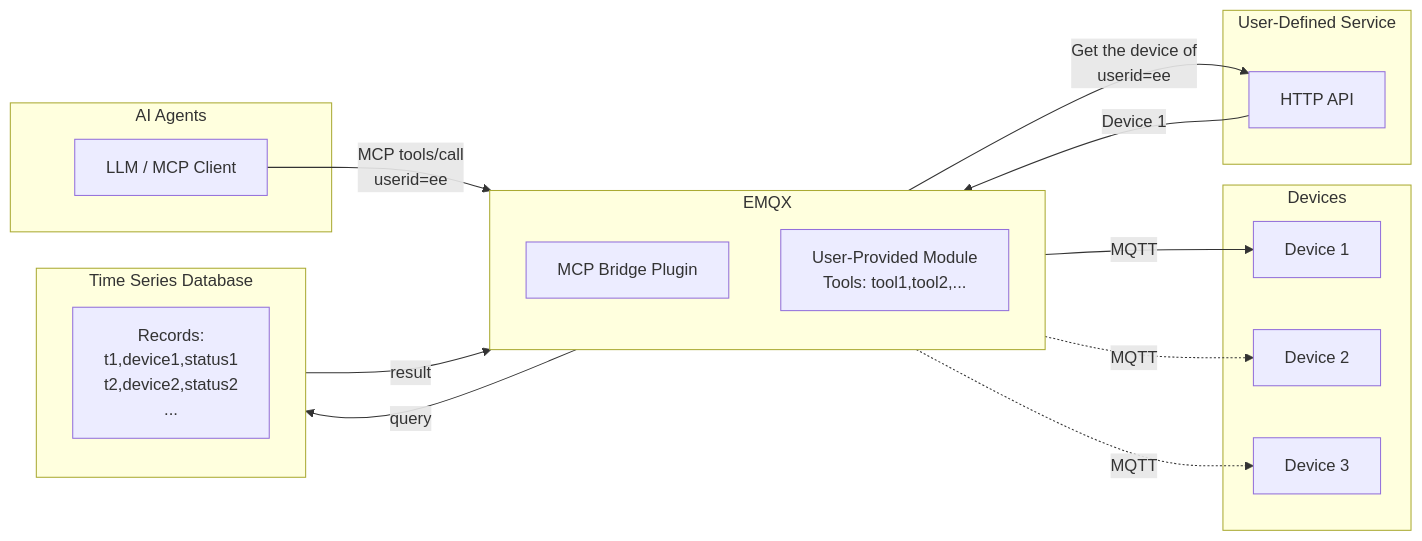
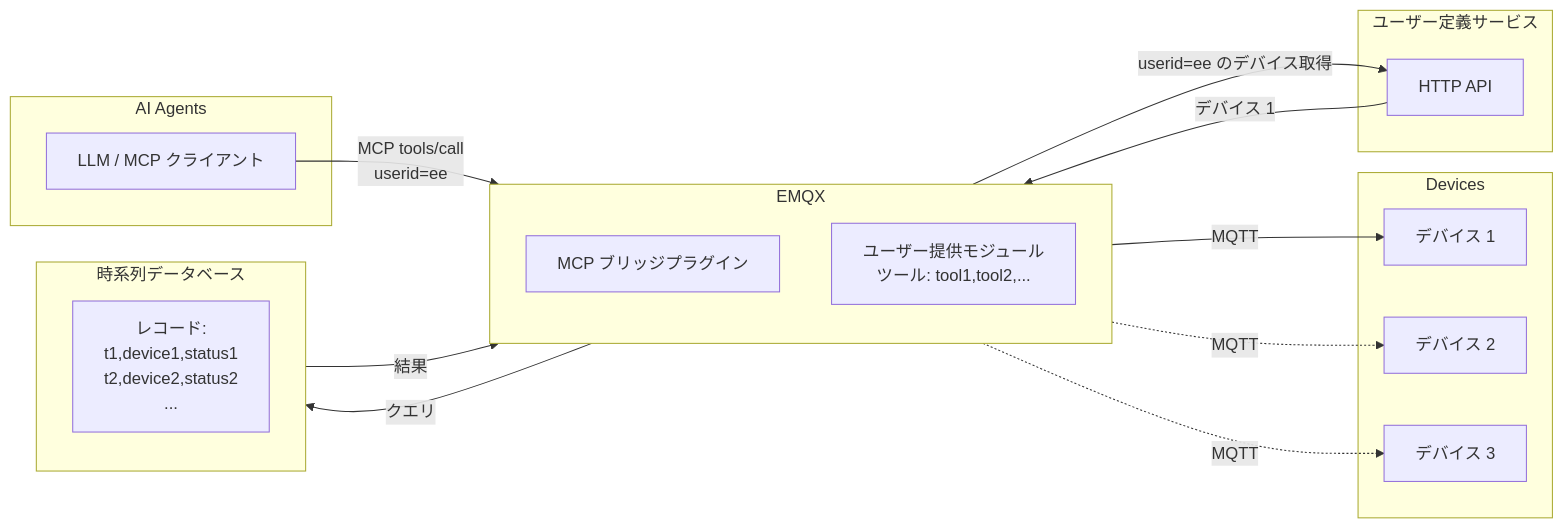
Before and after one commit to emqx/emqx-docs: the third of 3 diagrams in ja_JP/emqx-ai/mcp-bridge/overview.md, drawn with Mermaid. The commit also changed other lines of this file and 75 other files, not shown here.

````diff
--- a/ja_JP/emqx-ai/mcp-bridge/overview.md
+++ b/ja_JP/emqx-ai/mcp-bridge/overview.md
@@ -67,30 +67,30 @@
 ```mermaid
 graph LR
     subgraph "AI Agents"
-        M1[LLM / MCP Client]
+        M1[LLM / MCP クライアント]
     end
     subgraph "Devices"
-        D1[Device 1]
-        D2[Device 2]
-        D3[Device 3]
+        D1[デバイス 1]
+        D2[デバイス 2]
+        D3[デバイス 3]
     end
     subgraph EMQX["EMQX"]
         direction BT
-        MB[MCP Bridge Plugin]
-        CM[User-Provided Module<br>Tools: tool1,tool2,...]
+        MB[MCP ブリッジプラグイン]
+        CM[ユーザー提供モジュール<br>ツール: tool1,tool2,...]
         MB --> |MQTT| D1
         MB -.-> |MQTT| D2
         MB -.-> |MQTT| D3
         M1 --> |MCP tools/call<br>userid=ee| MB
     end
-    subgraph TSDB["Time Series Database"]
-        R1[Records:<br>t1,device1,status1<br>t2,device2,status2<br>...]
+    subgraph TSDB["時系列データベース"]
+        R1[レコード:<br>t1,device1,status1<br>t2,device2,status2<br>...]
     end
-    subgraph "User-Defined Service"
+    subgraph "ユーザー定義サービス"
         UDS[HTTP API]
     end
-    CM --> |query| TSDB
-    TSDB --> |result| CM
-    CM --> |Get the device of<br>userid=ee| UDS
-    UDS --> |Device 1| CM
+    CM --> |クエリ| TSDB
+    TSDB --> |結果| CM
+    CM --> |userid=ee のデバイス取得| UDS
+    UDS --> |デバイス 1| CM
 ```
````
